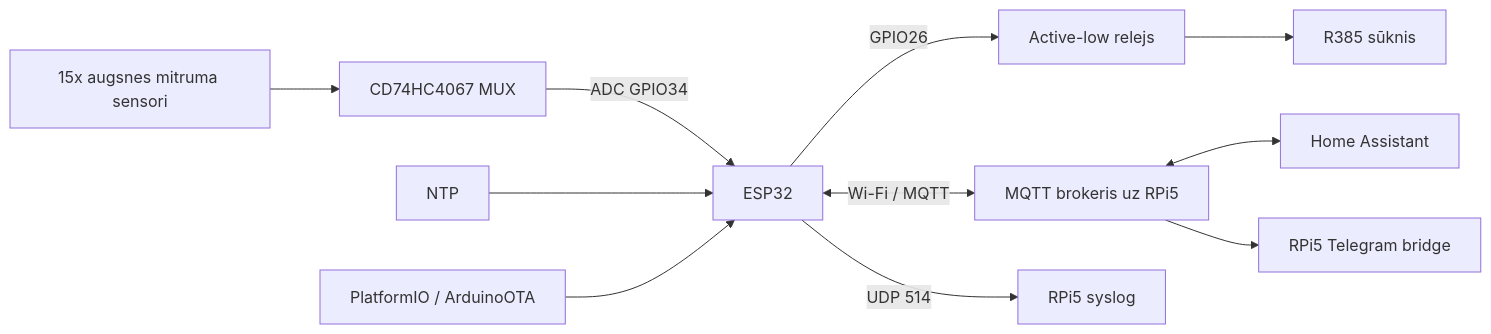
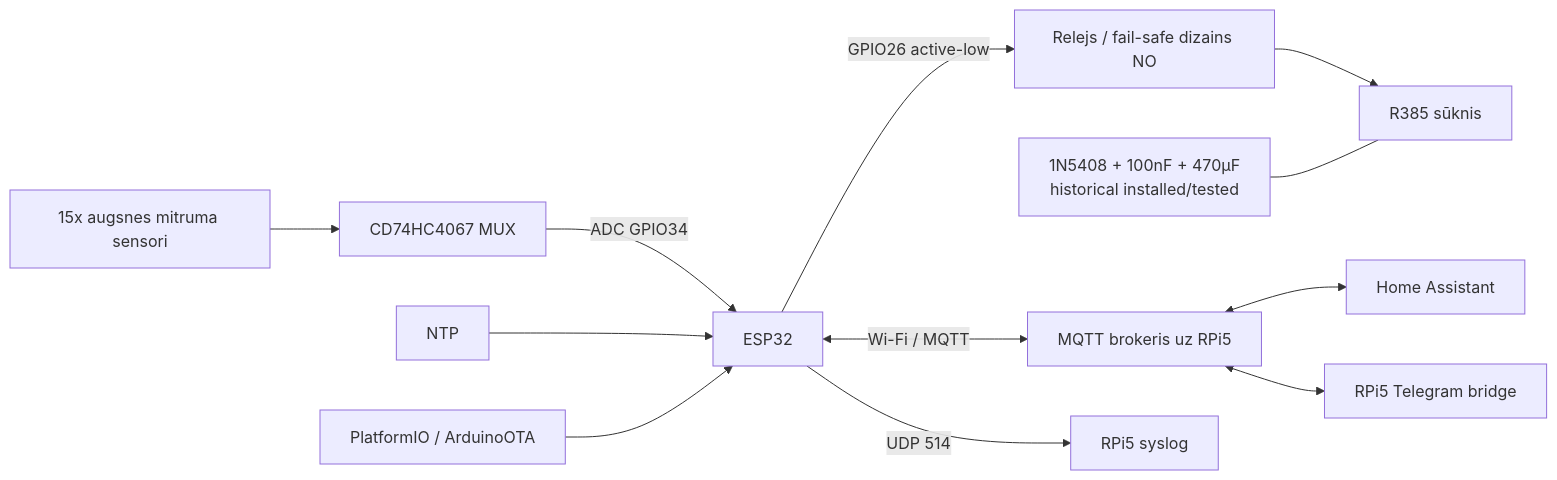
The diagram in docs/ARCHITECTURE.md (rozkalnsandris/balcony-irrigation-esp32), drawn with Mermaid before and after one commit. The commit also changed other lines of this file and 9 other files, not shown here.

````diff
--- a/docs/ARCHITECTURE.md
+++ b/docs/ARCHITECTURE.md
@@ -3,13 +3,14 @@
 ```mermaid
 flowchart LR
     S[15x augsnes mitruma sensori] --> M[CD74HC4067 MUX]
     M -->|ADC GPIO34| E[ESP32]
-    E -->|GPIO26| R[Active-low relejs]
+    E -->|GPIO26 active-low| R[Relejs / fail-safe dizains NO]
     R --> P[R385 sūknis]
+    F[1N5408 + 100nF + 470µF\nhistorical installed/tested] --- P
     E <-->|Wi-Fi / MQTT| B[MQTT brokeris uz RPi5]
     B <--> H[Home Assistant]
-    B --> T[RPi5 Telegram bridge]
+    B <--> T[RPi5 Telegram bridge]
     E -->|UDP 514| L[RPi5 syslog]
     N[NTP] --> E
     O[PlatformIO / ArduinoOTA] --> E
 ```
````
